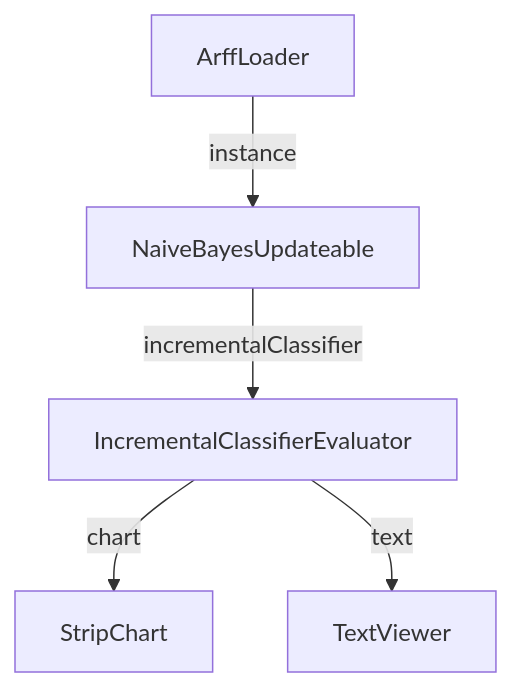
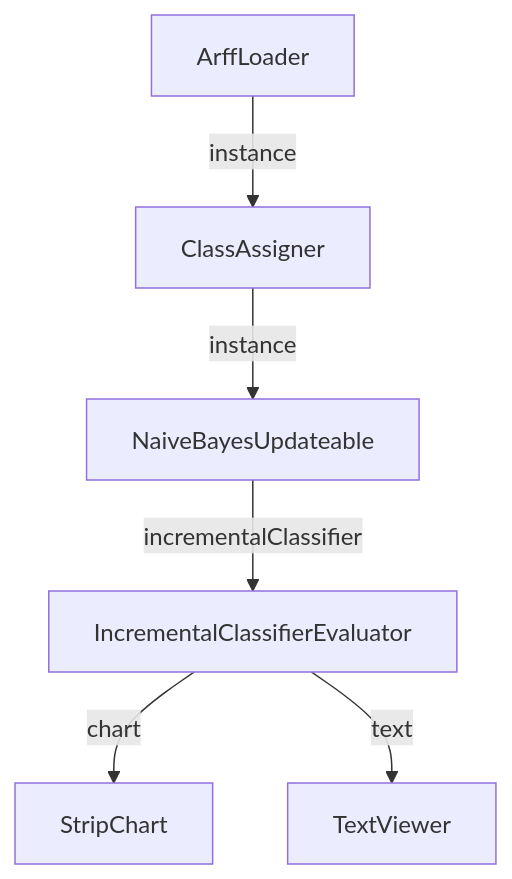
One commit to erkanozhan/machinelearning changed the diagram in images/diyagramlar/12_knowledgeflow_artimli.mmd. Above: the diagram before and after it, drawn with Mermaid. The commit also changed 2 other files, not shown here.

```diff
--- a/images/diyagramlar/12_knowledgeflow_artimli.mmd
+++ b/images/diyagramlar/12_knowledgeflow_artimli.mmd
@@ -1,5 +1,5 @@
 flowchart TB
-    A["ArffLoader"] -->|instance| B["NaiveBayesUpdateable"]
+    A["ArffLoader"] -->|instance| K["ClassAssigner"] -->|instance| B["NaiveBayesUpdateable"]
     B -->|incrementalClassifier| C["IncrementalClassifierEvaluator"]
     C -->|chart| D["StripChart"]
     C -->|text| E["TextViewer"]
```
